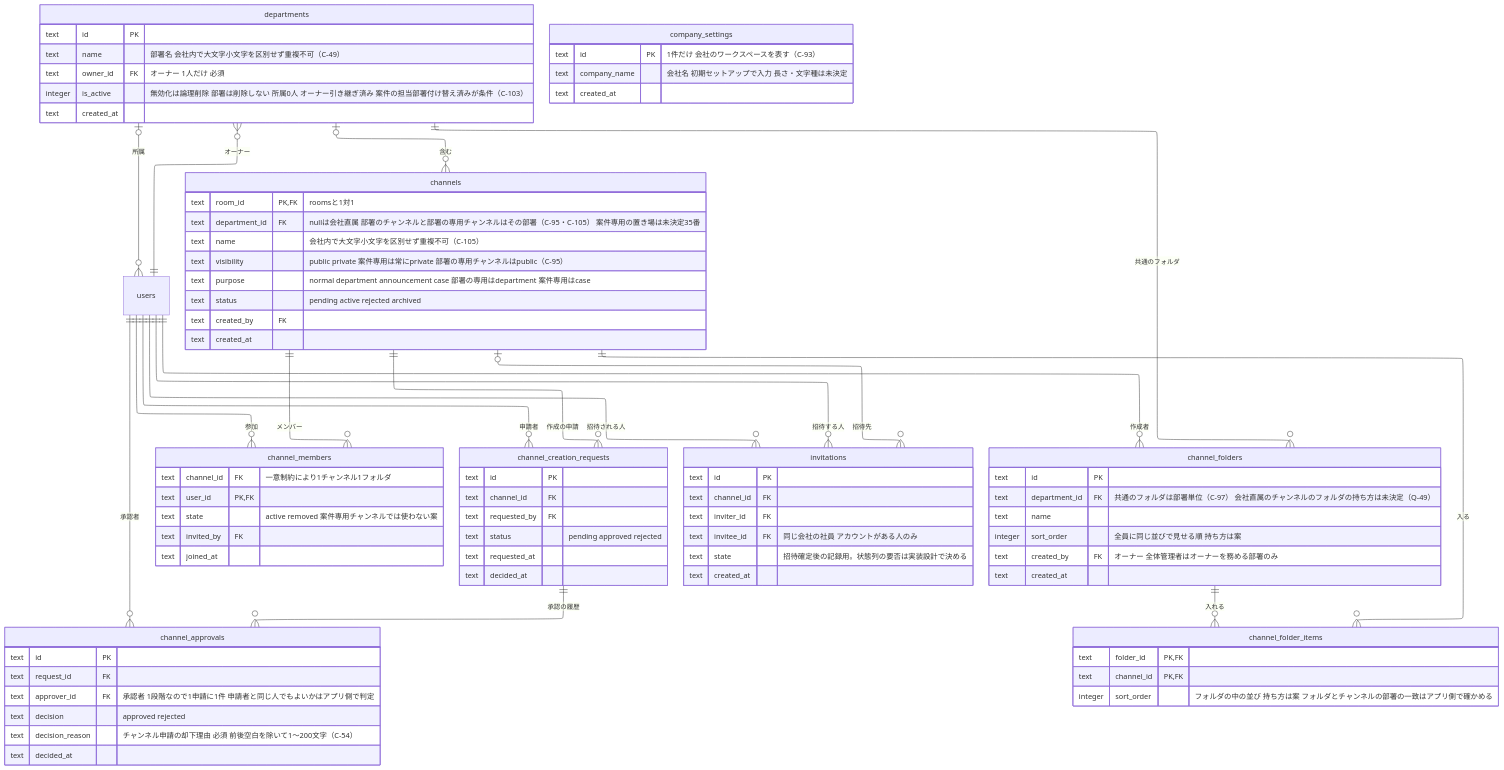
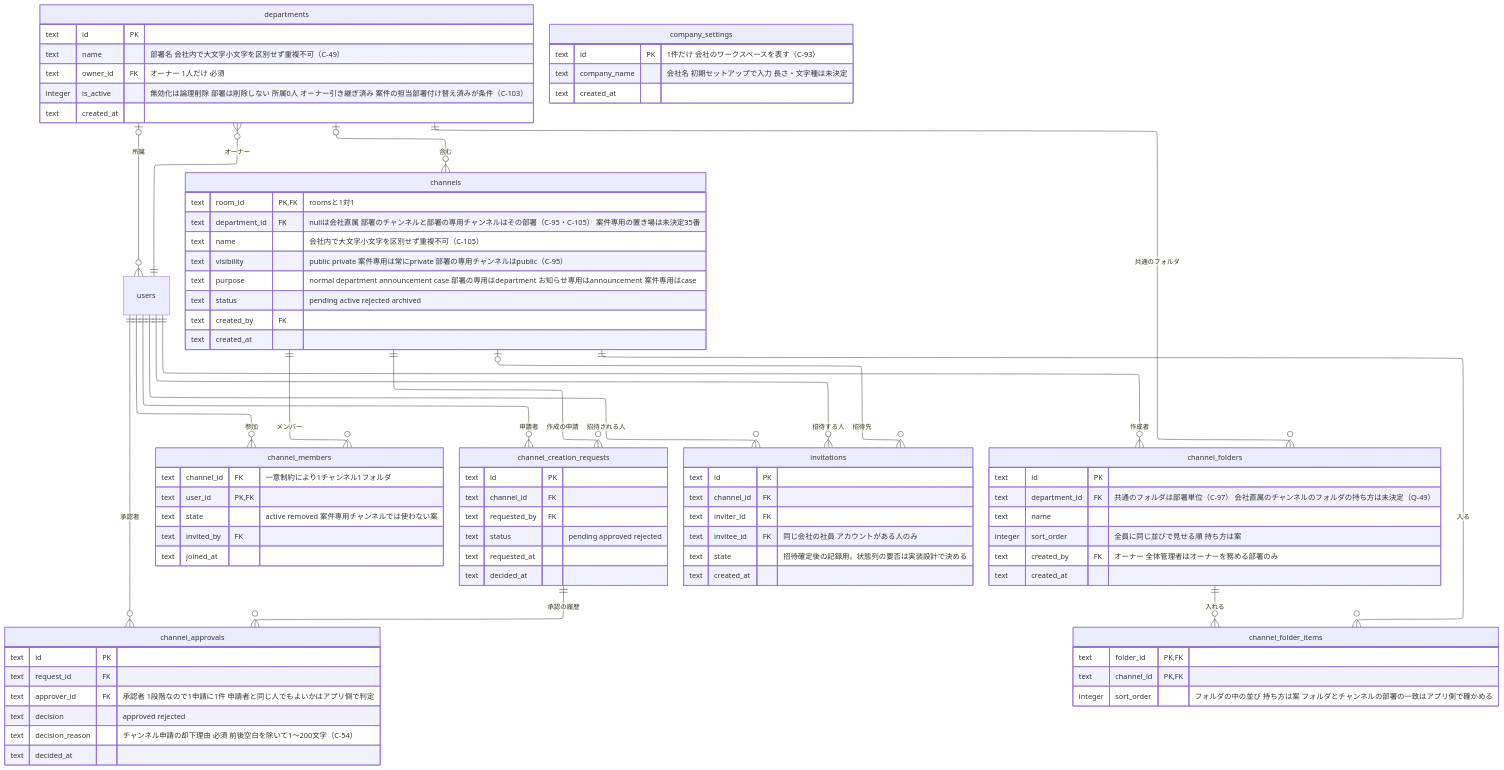
One commit to yamamotonaoki3/internal-system changed the sixth of 8 diagrams in docs/requirements/data-model.md. Above: the diagram before and after it, drawn with Mermaid. The commit also changed other lines of this file and 10 other files, not shown here.

```diff
--- a/docs/requirements/data-model.md
+++ b/docs/requirements/data-model.md
@@ -259,7 +259,7 @@
         text department_id FK "nullは会社直属 部署のチャンネルと部署の専用チャンネルはその部署（C-95・C-105） 案件専用の置き場は未決定35番"
         text name "会社内で大文字小文字を区別せず重複不可（C-105）"
         text visibility "public private 案件専用は常にprivate 部署の専用チャンネルはpublic（C-95）"
-        text purpose "normal department announcement case 部署の専用はdepartment 案件専用はcase"
+        text purpose "normal department announcement case 部署の専用はdepartment お知らせ専用はannouncement 案件専用はcase"
         text status "pending active rejected archived"
         text created_by FK
         text created_at
```
